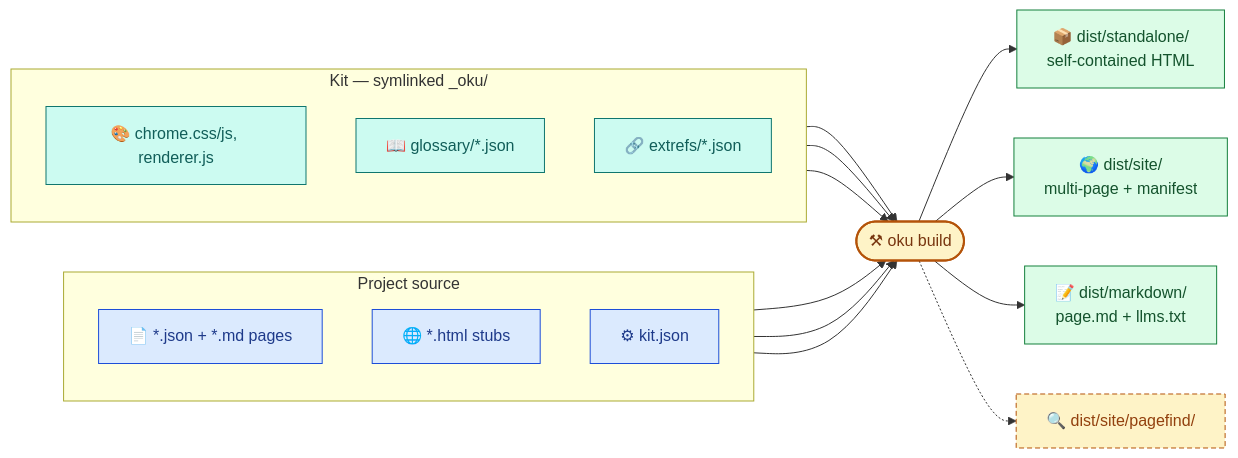
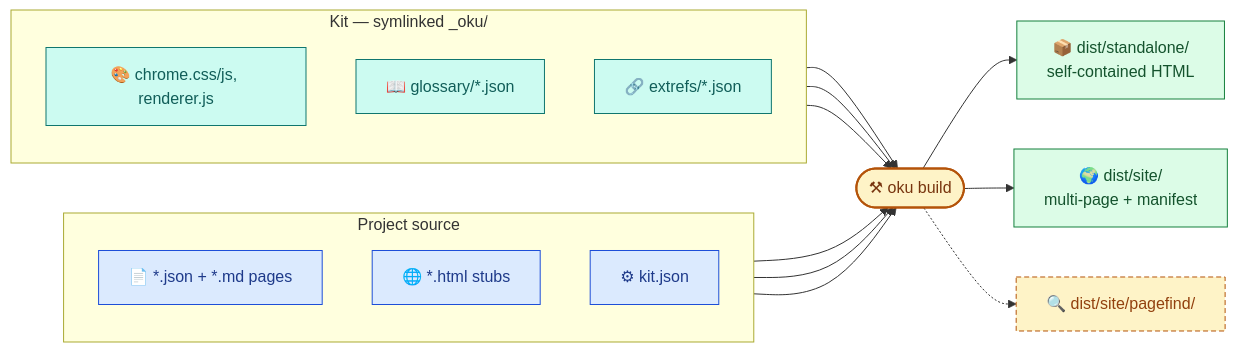
The sixth of 6 diagrams in docs/architecture.md (mmdemirbas/oku), drawn with Mermaid before and after one commit. The commit also changed other lines of this file and 7 other files, not shown here.

````diff
--- a/docs/architecture.md
+++ b/docs/architecture.md
@@ -267,31 +266,30 @@
 ```mermaid
 flowchart LR
     subgraph IN[Project source]
       direction TB
       P["📄 *.json + *.md pages"]:::content
       H["🌐 *.html stubs"]:::content
       KJ["⚙ kit.json"]:::content
     end
     subgraph K[Kit — symlinked _oku/]
       direction TB
       KIT["🎨 chrome.css/js, renderer.js"]:::kit
       G["📖 glossary/*.json"]:::kit
       E["🔗 extrefs/*.json"]:::kit
     end
     BUILD(["⚒ oku build"]):::builder
     P --> BUILD
     H --> BUILD
     KJ --> BUILD
     G --> BUILD
     E --> BUILD
     KIT --> BUILD
     BUILD --> S["📦 dist/standalone/<br/>self-contained HTML"]:::output
     BUILD --> SI["🌍 dist/site/<br/>multi-page + manifest"]:::output
-    BUILD --> MD["📝 dist/markdown/<br/>page.md + llms.txt"]:::output
     BUILD -.-> PF["🔍 dist/site/pagefind/"]:::optional
     classDef content fill:#dbeafe,stroke:#1d4ed8,color:#1e3a8a
     classDef kit fill:#ccfbf1,stroke:#0f766e,color:#115e59
     classDef builder fill:#fef3c7,stroke:#b45309,color:#78350f,stroke-width:2px
     classDef output fill:#dcfce7,stroke:#15803d,color:#14532d
     classDef optional fill:#fef3c7,stroke:#b45309,color:#92400e,stroke-dasharray: 5 3
 ```
````
